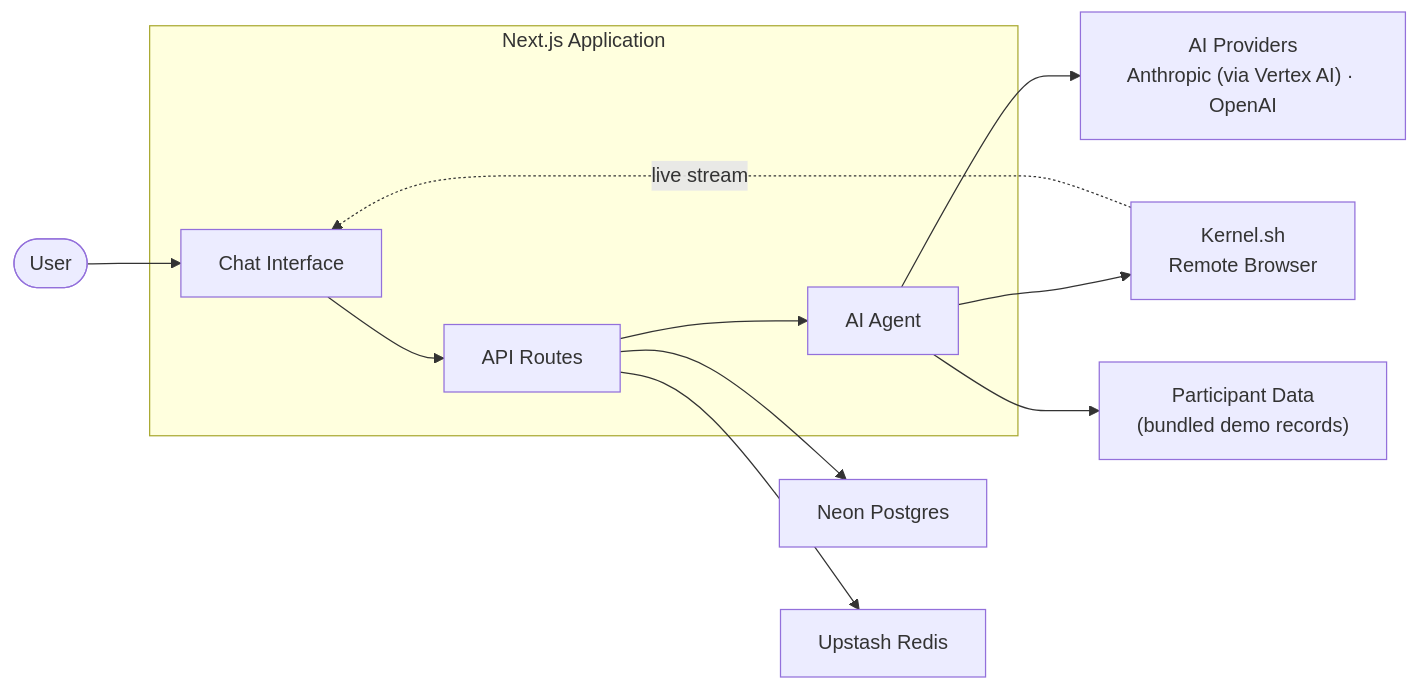
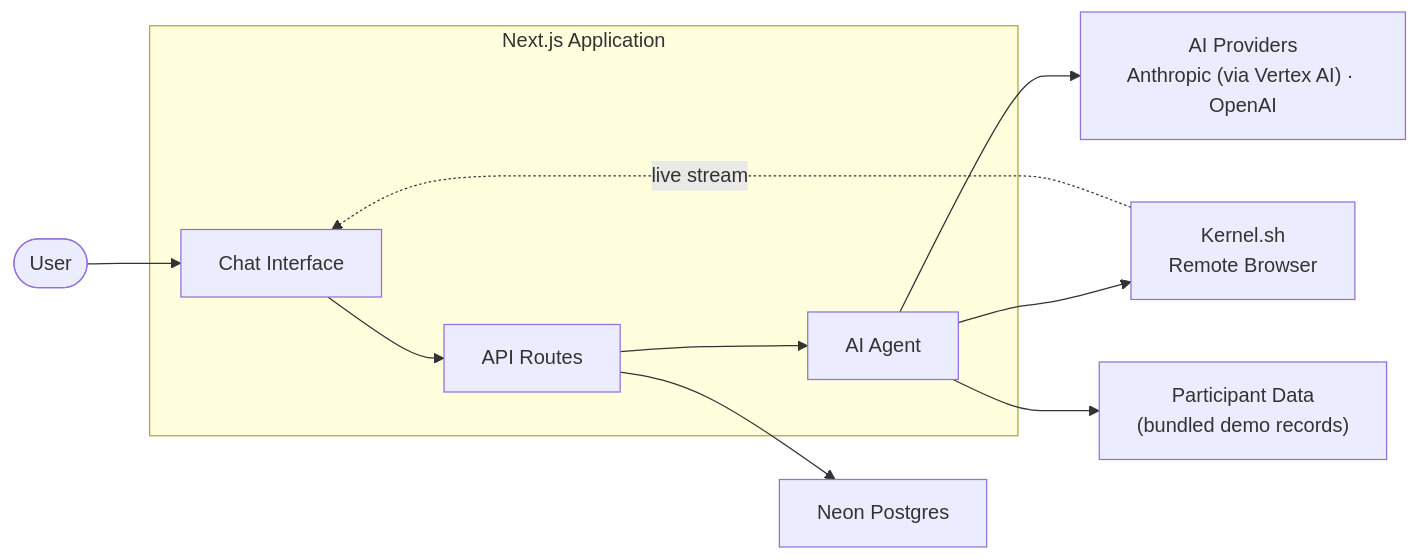
The first of 2 diagrams in README.md (navapbc/ai-chatbot), drawn with Mermaid before and after one commit. The commit also changed other lines of this file and 9 other files, not shown here.

````diff
--- a/README.md
+++ b/README.md
@@ -38,16 +38,15 @@
 ```mermaid
 graph LR
     User([User]) --> UI
 
     subgraph App["Next.js Application"]
         UI["Chat Interface"] --> Routes["API Routes"]
         Routes --> Agent["AI Agent"]
     end
 
     Agent --> LLMs["AI Providers<br/>Anthropic (via Vertex AI) · OpenAI"]
     Agent --> Browser["Kernel.sh<br/>Remote Browser"]
     Agent --> Data["Participant Data<br/>(bundled demo records)"]
     Routes --> DB["Neon Postgres"]
-    Routes --> Redis["Upstash Redis"]
     Browser -.->|live stream| UI
 ```
````
